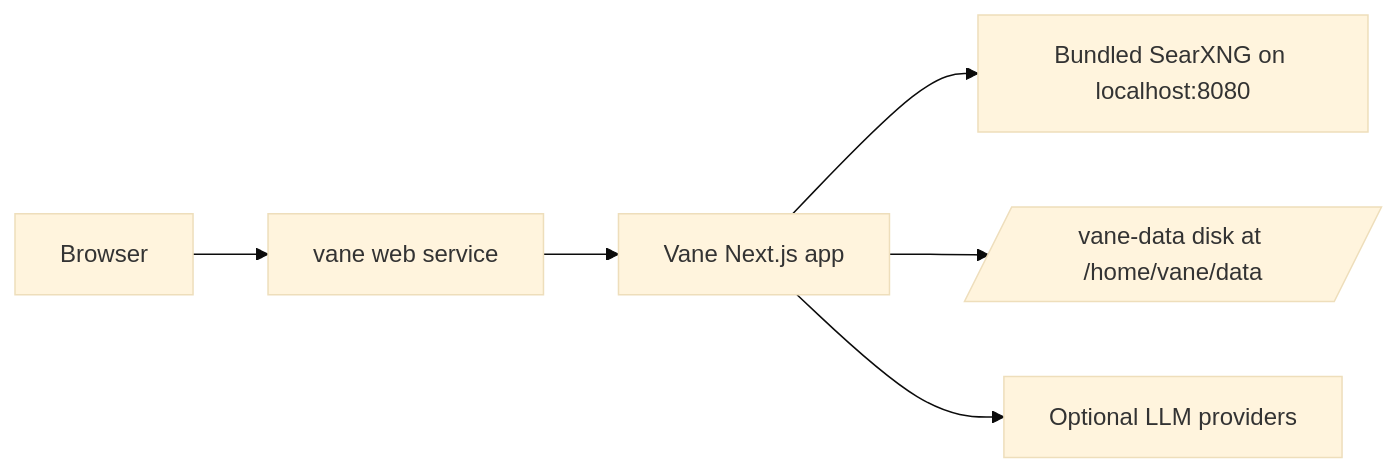
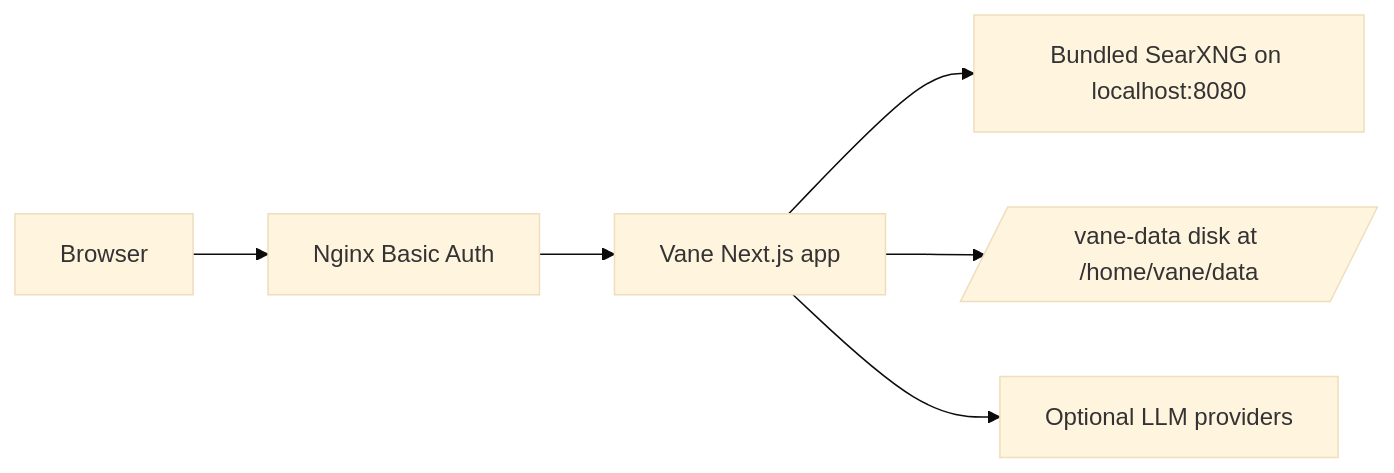
One commit to render-examples/vane changed the diagram in README.md. Above: the diagram before and after it, drawn with Mermaid (base theme). The commit also changed other lines of this file and 5 other files, not shown here.

Commit message:
Add Docker support with Nginx Basic Auth and update README

````diff
--- a/README.md
+++ b/README.md
@@ -53,8 +54,8 @@
 ```mermaid
 flowchart LR
-  user["Browser"] --> web["vane web service"]
-  web --> app["Vane Next.js app"]
+  user["Browser"] --> auth["Nginx Basic Auth"]
+  auth --> app["Vane Next.js app"]
   app --> search["Bundled SearXNG on localhost:8080"]
   app --> disk[/"vane-data disk at /home/vane/data"/]
   app --> providers["Optional LLM providers"]
 ```
````
